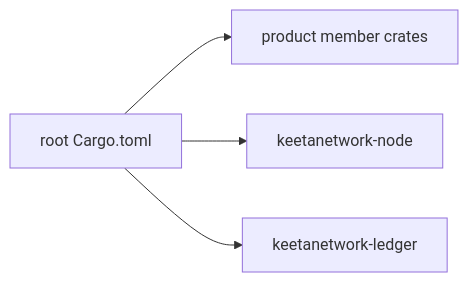
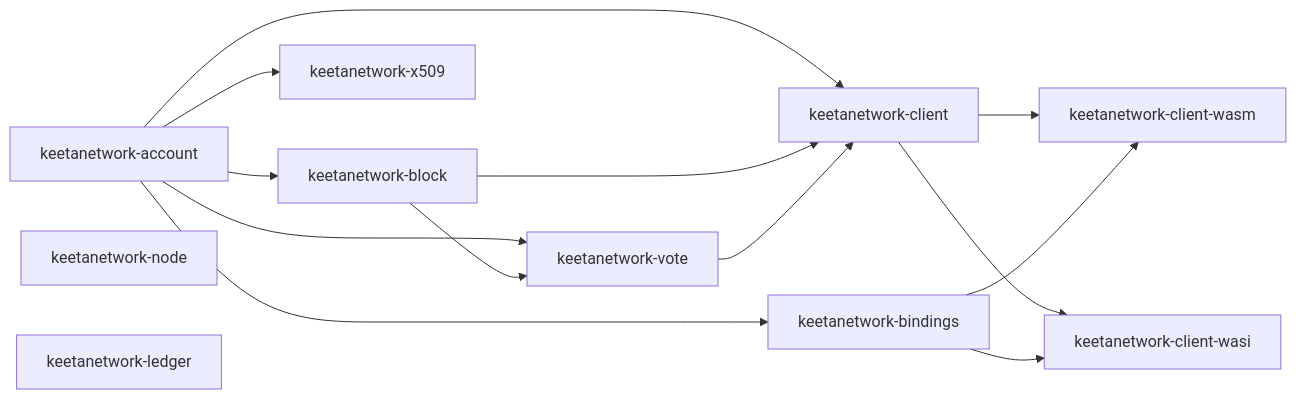
One commit to KeetaNetwork/node-rs changed the diagram in docs/ARCHITECTURE.md. Above: the diagram before and after it, drawn with Mermaid. The commit also changed other lines of this file and 2 other files, not shown here.

First line of the commit message:
docs: fill Phase 2 Quickstart and Architecture substance

````diff
--- a/docs/ARCHITECTURE.md
+++ b/docs/ARCHITECTURE.md
@@ -35,10 +29,25 @@
 ```mermaid
 flowchart LR
-	workspace_root[root Cargo.toml]
-	crate_product[product member crates]
+	crate_account[keetanetwork-account]
+	crate_block[keetanetwork-block]
+	crate_vote[keetanetwork-vote]
+	crate_x509[keetanetwork-x509]
+	crate_client[keetanetwork-client]
+	crate_bindings[keetanetwork-bindings]
+	crate_wasm[keetanetwork-client-wasm]
+	crate_wasi[keetanetwork-client-wasi]
 	crate_node[keetanetwork-node]
 	crate_ledger[keetanetwork-ledger]
-	workspace_root --> crate_product
-	workspace_root --> crate_node
-	workspace_root --> crate_ledger
+	crate_account --> crate_block
+	crate_account --> crate_vote
+	crate_account --> crate_x509
+	crate_account --> crate_client
+	crate_account --> crate_bindings
+	crate_block --> crate_vote
+	crate_block --> crate_client
+	crate_vote --> crate_client
+	crate_client --> crate_wasm
+	crate_client --> crate_wasi
+	crate_bindings --> crate_wasm
+	crate_bindings --> crate_wasi
 ```
````
